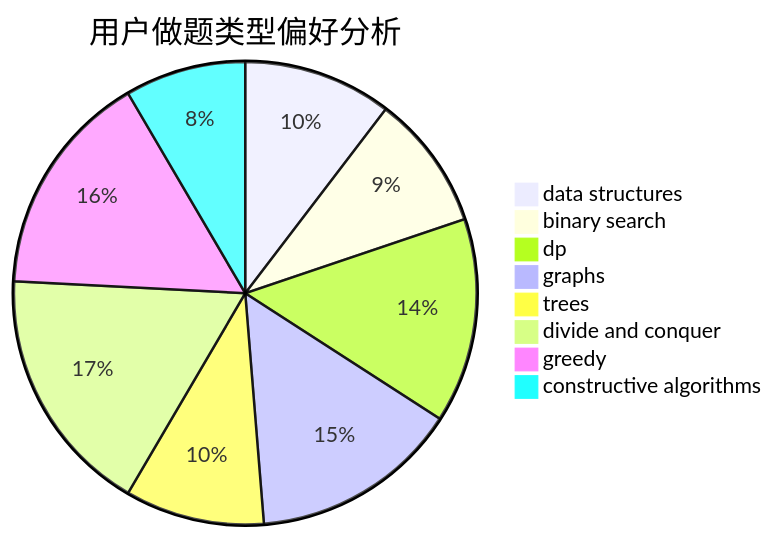
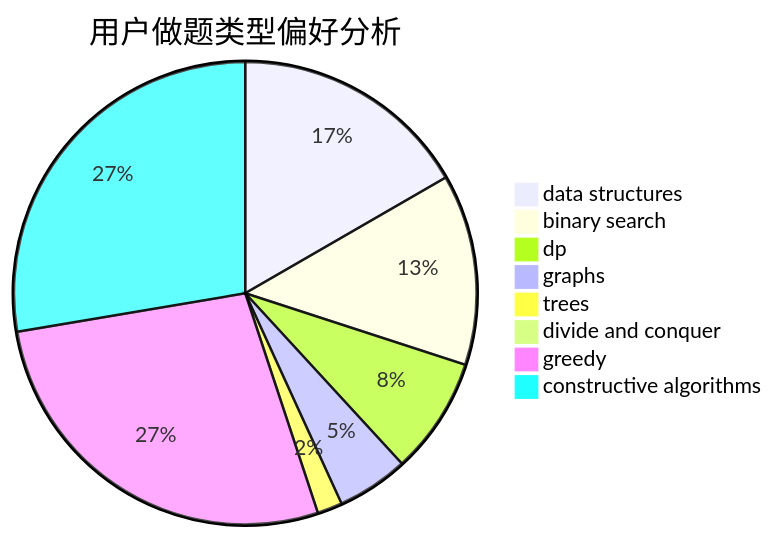
One commit to sherpahu/cfrs.github.io changed the second of 3 diagrams in docs/user/u333.md. Above: the diagram before and after it, drawn with Mermaid. The commit also changed other lines of this file and 2770 other files, not shown here.

````diff
--- a/docs/user/u333.md
+++ b/docs/user/u333.md
@@ -23,11 +23,11 @@
 ```mermaid
 pie title 用户做题类型偏好分析
-    "data structures" :  145
-    "binary search" :  132
-    "dp" :  200
-    "graphs" :  204
-    "trees" :  136
-    "divide and conquer" :  243
-    "greedy" :  220
-    "constructive algorithms" :  118
+    "data structures" :  200
+    "binary search" :  160
+    "dp" :  98
+    "graphs" :  60
+    "trees" :  21
+    "divide and conquer" :  9
+    "greedy" :  329
+    "constructive algorithms" :  332
 ```
````
